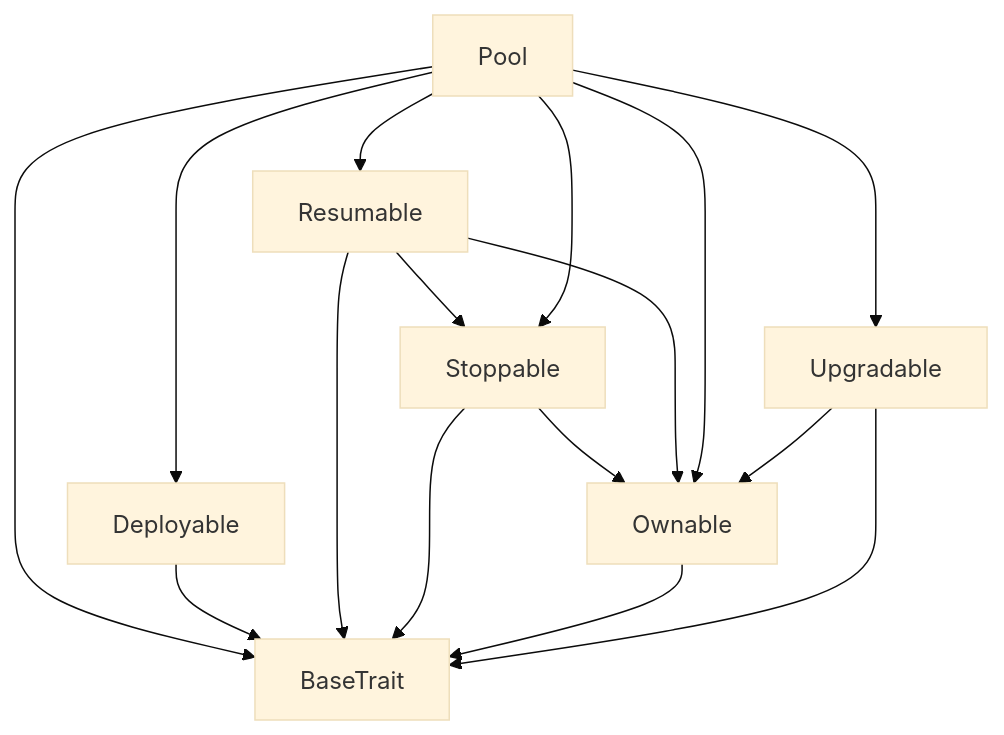
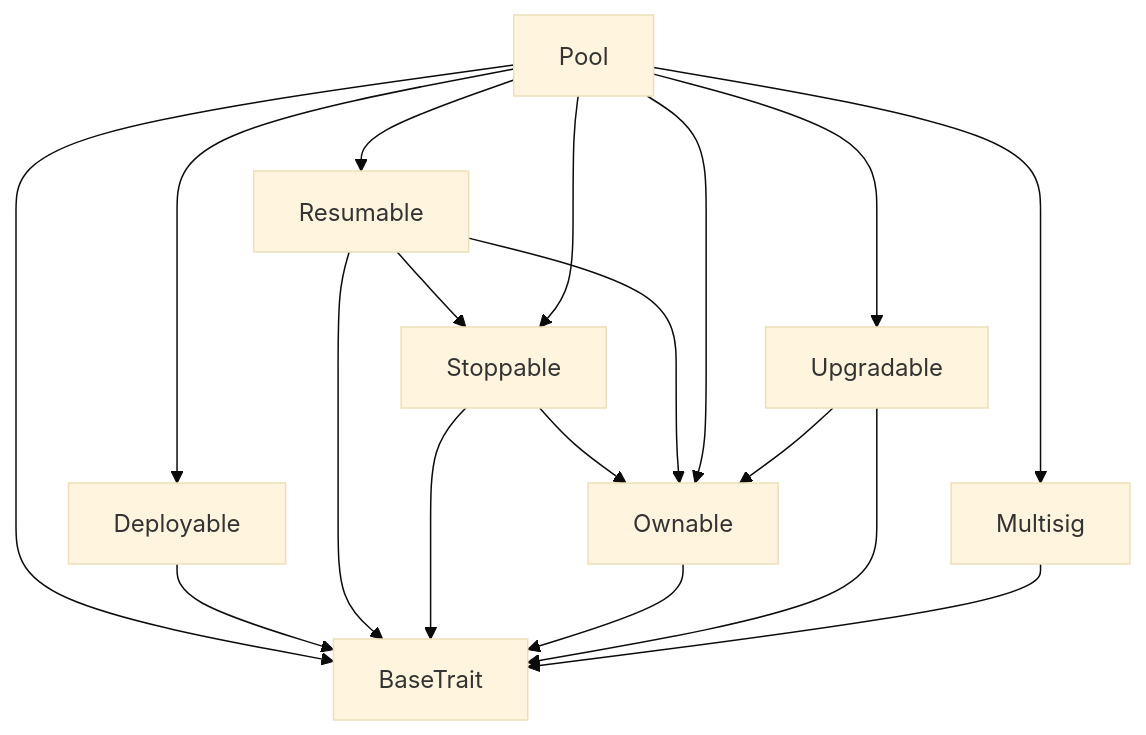
Before and after one commit to TonTradoor/tradoor-contracts-v3-usdt-public: the first of 2 diagrams in build/Pool/tact_Pool.md, drawn with Mermaid (base theme). The commit also changed other lines of this file and 15 other files, not shown here.

````diff
--- a/build/Pool/tact_Pool.md
+++ b/build/Pool/tact_Pool.md
@@ -343,19 +369,21 @@
 ```mermaid
 graph TD
 Pool
 Pool --> BaseTrait
 Pool --> Deployable
 Deployable --> BaseTrait
 Pool --> Resumable
 Resumable --> BaseTrait
 Resumable --> Stoppable
 Stoppable --> BaseTrait
 Stoppable --> Ownable
 Ownable --> BaseTrait
 Resumable --> Ownable
 Pool --> Stoppable
 Pool --> Ownable
 Pool --> Upgradable
 Upgradable --> BaseTrait
 Upgradable --> Ownable
+Pool --> Multisig
+Multisig --> BaseTrait
 ```
````
